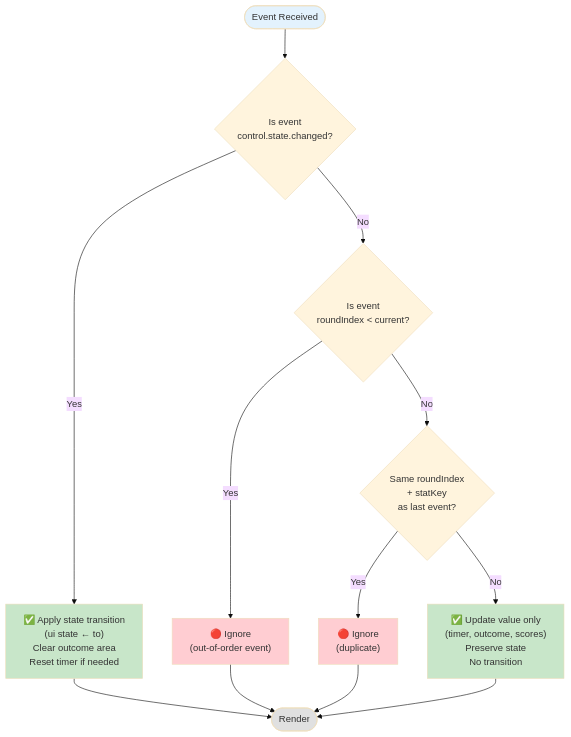
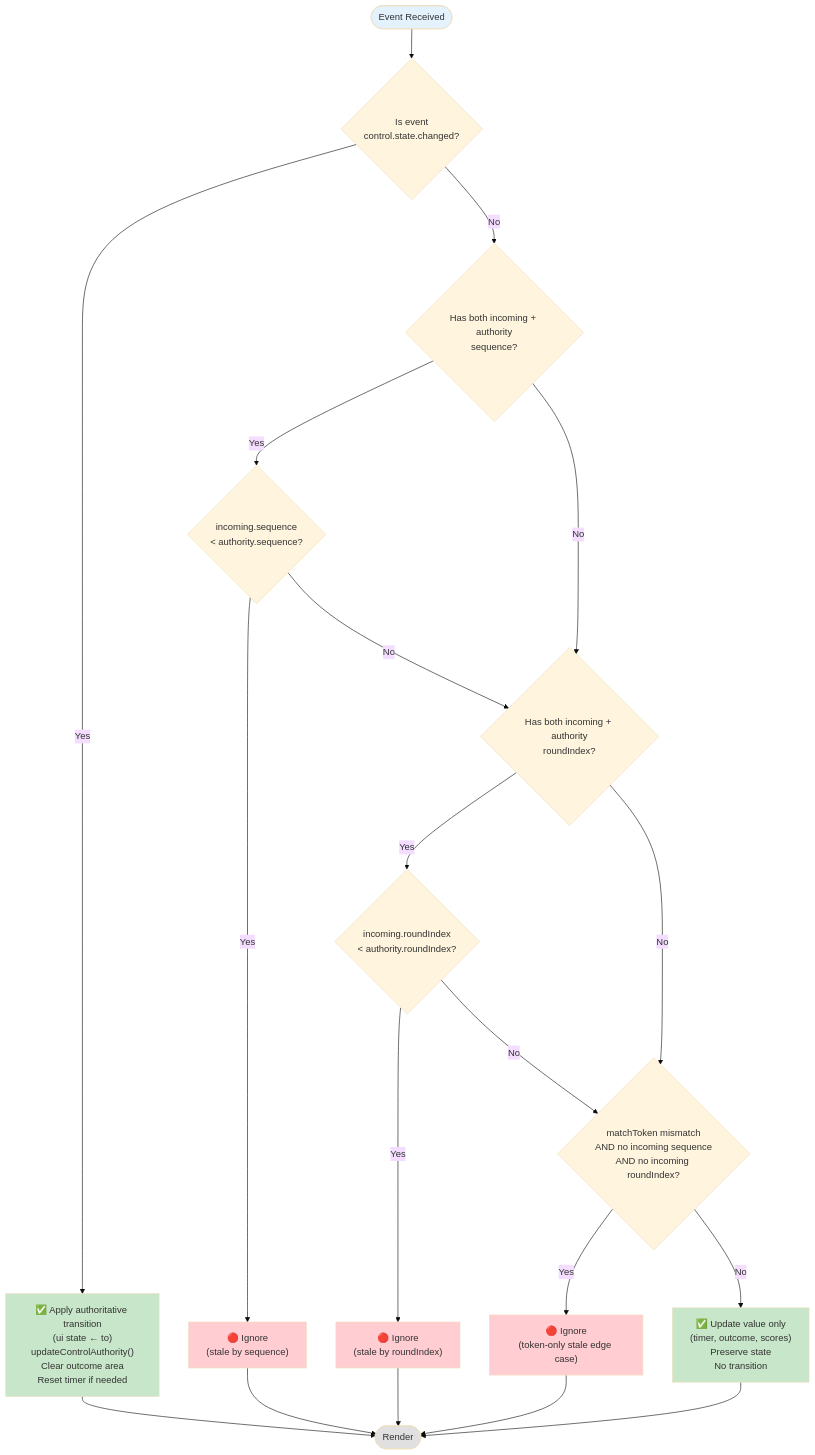
One commit to CyanAutomation/judokon changed the second of 2 diagrams in design/productRequirementsDocuments/prdBattleScoreboard.md. Above: the diagram before and after it, drawn with Mermaid (base theme). The commit also changed other lines of this file, not shown here.

Commit message:
docs: align idempotency guard diagram with authority checks (#5683)

````diff
--- a/design/productRequirementsDocuments/prdBattleScoreboard.md
+++ b/design/productRequirementsDocuments/prdBattleScoreboard.md
@@ -132,25 +132,36 @@
 ```mermaid
 flowchart TD
     Start([Event Received]) --> CheckState{"Is event<br/>control.state.changed?"}
 
-    CheckState -->|Yes| ApplyTransition["✅ Apply state transition<br/>(ui state ← to)<br/>Clear outcome area<br/>Reset timer if needed"]
-    CheckState -->|No| CheckDuplicate{"Is event<br/>roundIndex < current?"}
+    CheckState -->|Yes| ApplyTransition["✅ Apply authoritative transition<br/>(ui state ← to)<br/>updateControlAuthority()<br/>Clear outcome area<br/>Reset timer if needed"]
+    CheckState -->|No| CheckSequence{"Has both incoming + authority<br/>sequence?"}
 
-    CheckDuplicate -->|Yes| IgnoreOldEvent["🔴 Ignore<br/>(out-of-order event)"]
-    CheckDuplicate -->|No| CheckExact{"Same roundIndex<br/>+ statKey<br/>as last event?"}
+    CheckSequence -->|Yes| SequenceOlder{"incoming.sequence<br/>< authority.sequence?"}
+    CheckSequence -->|No| CheckRound{"Has both incoming + authority<br/>roundIndex?"}
 
-    CheckExact -->|Yes| IgnoreDuplicate["🔴 Ignore<br/>(duplicate)"]
-    CheckExact -->|No| UpdateValue["✅ Update value only<br/>(timer, outcome, scores)<br/>Preserve state<br/>No transition"]
+    SequenceOlder -->|Yes| IgnoreOldEvent["🔴 Ignore<br/>(stale by sequence)"]
+    SequenceOlder -->|No| CheckRound
+
+    CheckRound -->|Yes| RoundOlder{"incoming.roundIndex<br/>< authority.roundIndex?"}
+    CheckRound -->|No| CheckToken{"matchToken mismatch<br/>AND no incoming sequence<br/>AND no incoming roundIndex?"}
+
+    RoundOlder -->|Yes| IgnoreOldRound["🔴 Ignore<br/>(stale by roundIndex)"]
+    RoundOlder -->|No| CheckToken
+
+    CheckToken -->|Yes| IgnoreTokenOnly["🔴 Ignore<br/>(token-only stale edge case)"]
+    CheckToken -->|No| UpdateValue["✅ Update value only<br/>(timer, outcome, scores)<br/>Preserve state<br/>No transition"]
 
     ApplyTransition --> End([Render])
     UpdateValue --> End
     IgnoreOldEvent --> End
-    IgnoreDuplicate --> End
+    IgnoreOldRound --> End
+    IgnoreTokenOnly --> End
 
     style ApplyTransition fill:#c8e6c9
     style UpdateValue fill:#c8e6c9
     style IgnoreOldEvent fill:#ffcdd2
-    style IgnoreDuplicate fill:#ffcdd2
+    style IgnoreOldRound fill:#ffcdd2
+    style IgnoreTokenOnly fill:#ffcdd2
     style Start fill:#e3f2fd
     style End fill:#e0e0e0
 ```
````
